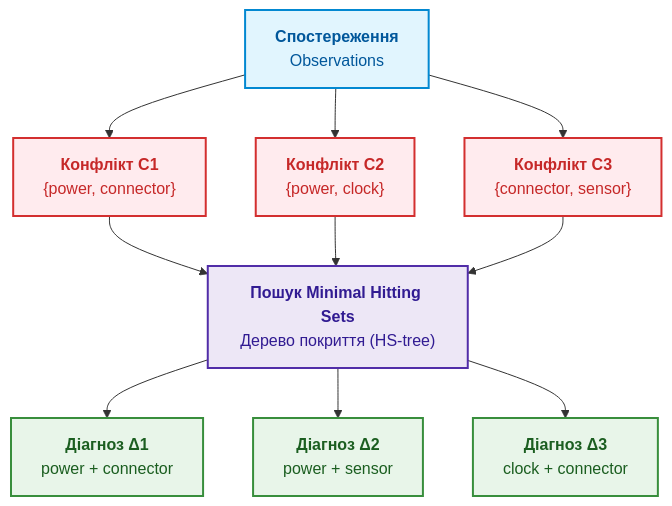
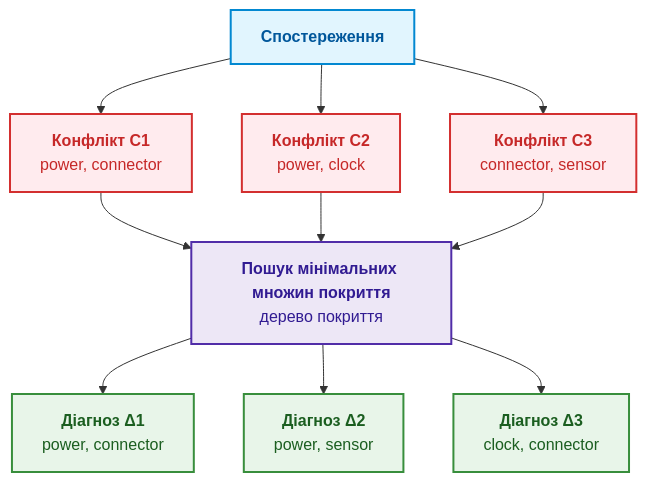
The third of 5 diagrams in ExpertSystem/ch24-system-diagnosis.md (nick-fedchik/articles), drawn with Mermaid before and after one commit. The commit also changed other lines of this file, not shown here.

````diff
--- a/ExpertSystem/ch24-system-diagnosis.md
+++ b/ExpertSystem/ch24-system-diagnosis.md
@@ -194,25 +149,25 @@
 ```mermaid
 flowchart TD
     accTitle: Пошук мінімальних множин покриття конфліктів
-    accDescr: Від спостережень через конфліктні множини до мінімальних діагнозів за алгоритмом Райтера.
+    accDescr: Спостереження дають три конфлікти, а дерево покриття знаходить три мінімальні діагнози.
 
-    O["<b>Спостереження</b><br/>Observations"] --> C1["<b>Конфлікт C1</b><br/>{power, connector}"]
-    O --> C2["<b>Конфлікт C2</b><br/>{power, clock}"]
-    O --> C3["<b>Конфлікт C3</b><br/>{connector, sensor}"]
-    C1 --> HS["<b>Пошук Minimal Hitting Sets</b><br/>Дерево покриття (HS-tree)"]
+    O["<b>Спостереження</b>"] --> C1["<b>Конфлікт C1</b><br/>power, connector"]
+    O --> C2["<b>Конфлікт C2</b><br/>power, clock"]
+    O --> C3["<b>Конфлікт C3</b><br/>connector, sensor"]
+    C1 --> HS["<b>Пошук мінімальних множин покриття</b><br/>дерево покриття"]
     C2 --> HS
     C3 --> HS
-    HS --> D1["<b>Діагноз Δ1</b><br/>power + connector"]
-    HS --> D2["<b>Діагноз Δ2</b><br/>power + sensor"]
-    HS --> D3["<b>Діагноз Δ3</b><br/>clock + connector"]
+    HS --> D1["<b>Діагноз Δ1</b><br/>power, connector"]
+    HS --> D2["<b>Діагноз Δ2</b><br/>power, sensor"]
+    HS --> D3["<b>Діагноз Δ3</b><br/>clock, connector"]
 
     classDef obs fill:#e1f5fe,stroke:#0288d1,stroke-width:2px,color:#01579b;
     classDef conf fill:#ffebee,stroke:#d32f2f,stroke-width:2px,color:#c62828;
     classDef hs fill:#ede7f6,stroke:#512da8,stroke-width:2px,color:#311b92;
     classDef diag fill:#e8f5e9,stroke:#388e3c,stroke-width:2px,color:#1b5e20;
 
     class O obs;
     class C1,C2,C3 conf;
     class HS hs;
     class D1,D2,D3 diag;
 ```
````
